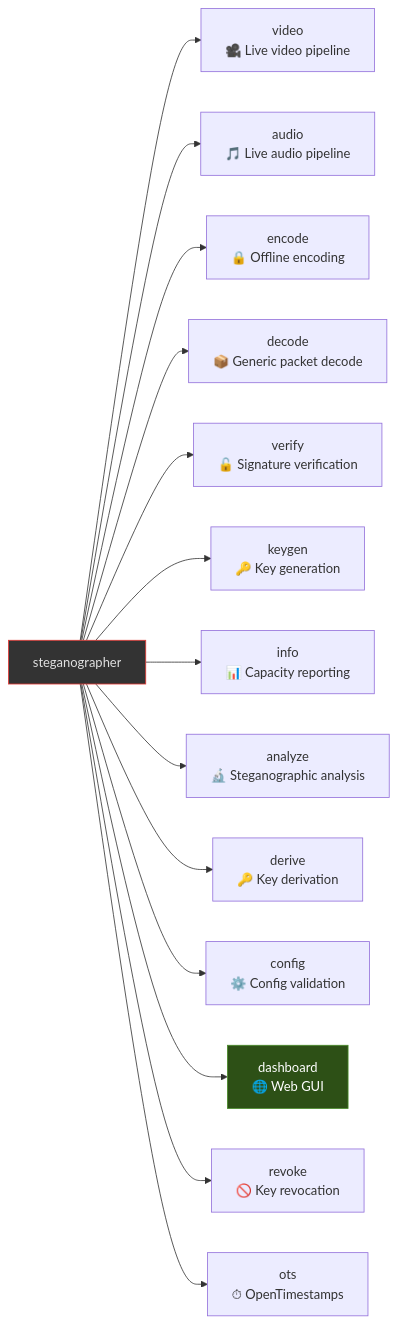
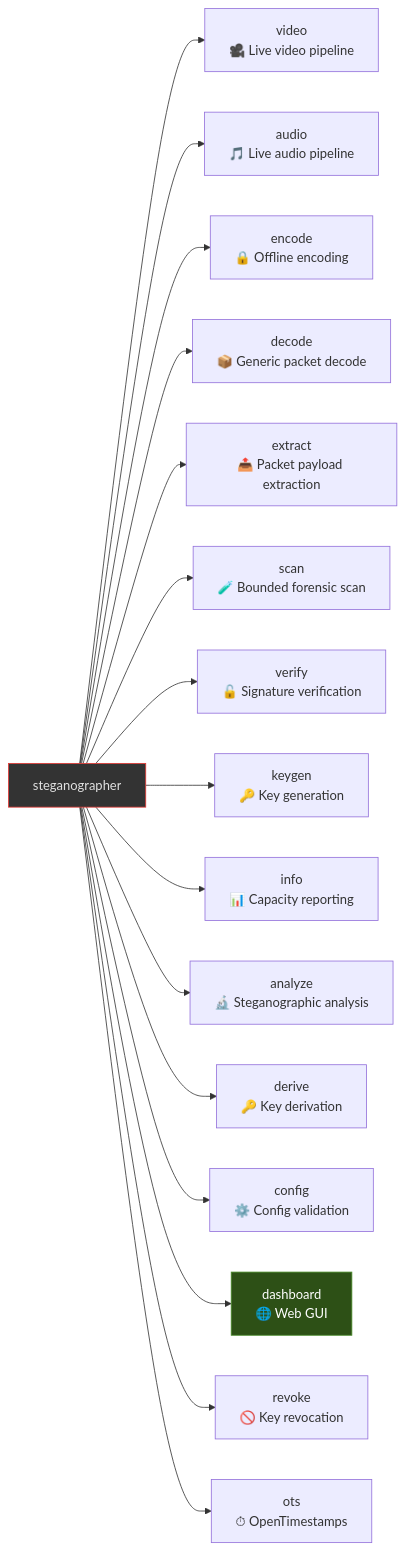
The diagram in docs/cli-reference.md (docxology/steganographer), drawn with Mermaid before and after one commit. The commit also changed other lines of this file and 85 other files, not shown here.

````diff
--- a/docs/cli-reference.md
+++ b/docs/cli-reference.md
@@ -9,18 +9,20 @@
 ```mermaid
 flowchart LR
     CLI["steganographer"] --> VIDEO["video\n🎥 Live video pipeline"]
     CLI --> AUDIO["audio\n🎵 Live audio pipeline"]
     CLI --> ENCODE["encode\n🔒 Offline encoding"]
     CLI --> DECODE["decode\n📦 Generic packet decode"]
+    CLI --> EXTRACT["extract\n📤 Packet payload extraction"]
+    CLI --> SCAN["scan\n🧪 Bounded forensic scan"]
     CLI --> VERIFY["verify\n🔓 Signature verification"]
     CLI --> KEYGEN["keygen\n🔑 Key generation"]
     CLI --> INFO["info\n📊 Capacity reporting"]
     CLI --> ANALYZE["analyze\n🔬 Steganographic analysis"]
     CLI --> DERIVE["derive\n🔑 Key derivation"]
     CLI --> CONFIG["config\n⚙️ Config validation"]
     CLI --> DASH["dashboard\n🌐 Web GUI"]
     CLI --> REVOKE["revoke\n🚫 Key revocation"]
     CLI --> OTS["ots\n⏱ OpenTimestamps"]
     style CLI fill:#333,stroke:#e53935,color:#e0e0e0
     style DASH fill:#2d5016,stroke:#4a8c2a,color:#fff
 ```
````
